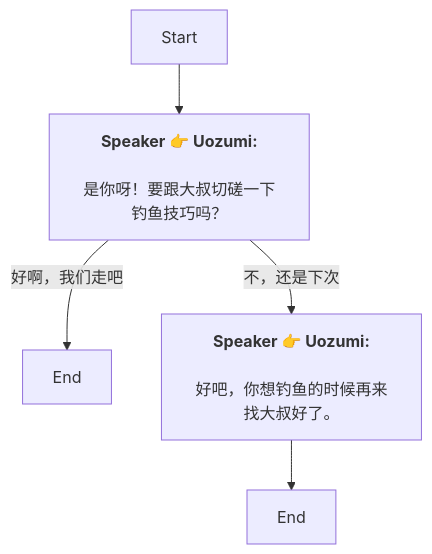
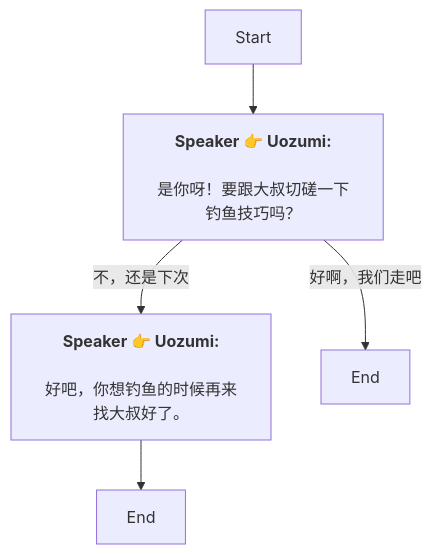
Before and after one commit to SoftHu/tos_avg: the diagram in Zh/QuestTalkObjectiveNode_1754464098372141.md, drawn with Mermaid. The commit also changed other lines of this file and 780 other files, not shown here.

````diff
--- a/Zh/QuestTalkObjectiveNode_1754464098372141.md
+++ b/Zh/QuestTalkObjectiveNode_1754464098372141.md
@@ -1,10 +1,10 @@
 ```mermaid
 graph
 Start -->1754467395861049[<b>Speaker 👉 Uozumi:</b>
 \n是你呀！要跟大叔切磋一下钓鱼技巧吗？]
-1754467395861049 -->|好啊，我们走吧|1754467395861053[End]
 1754467395861049 -->|不，还是下次|1754467395861054[<b>Speaker 👉 Uozumi:</b>
 \n好吧，你想钓鱼的时候再来找大叔好了。]
+1754467395861049 -->|好啊，我们走吧|1754467395861053[End]
 1754467395861054 -->1754467395861055[End]
 
 ```
````
